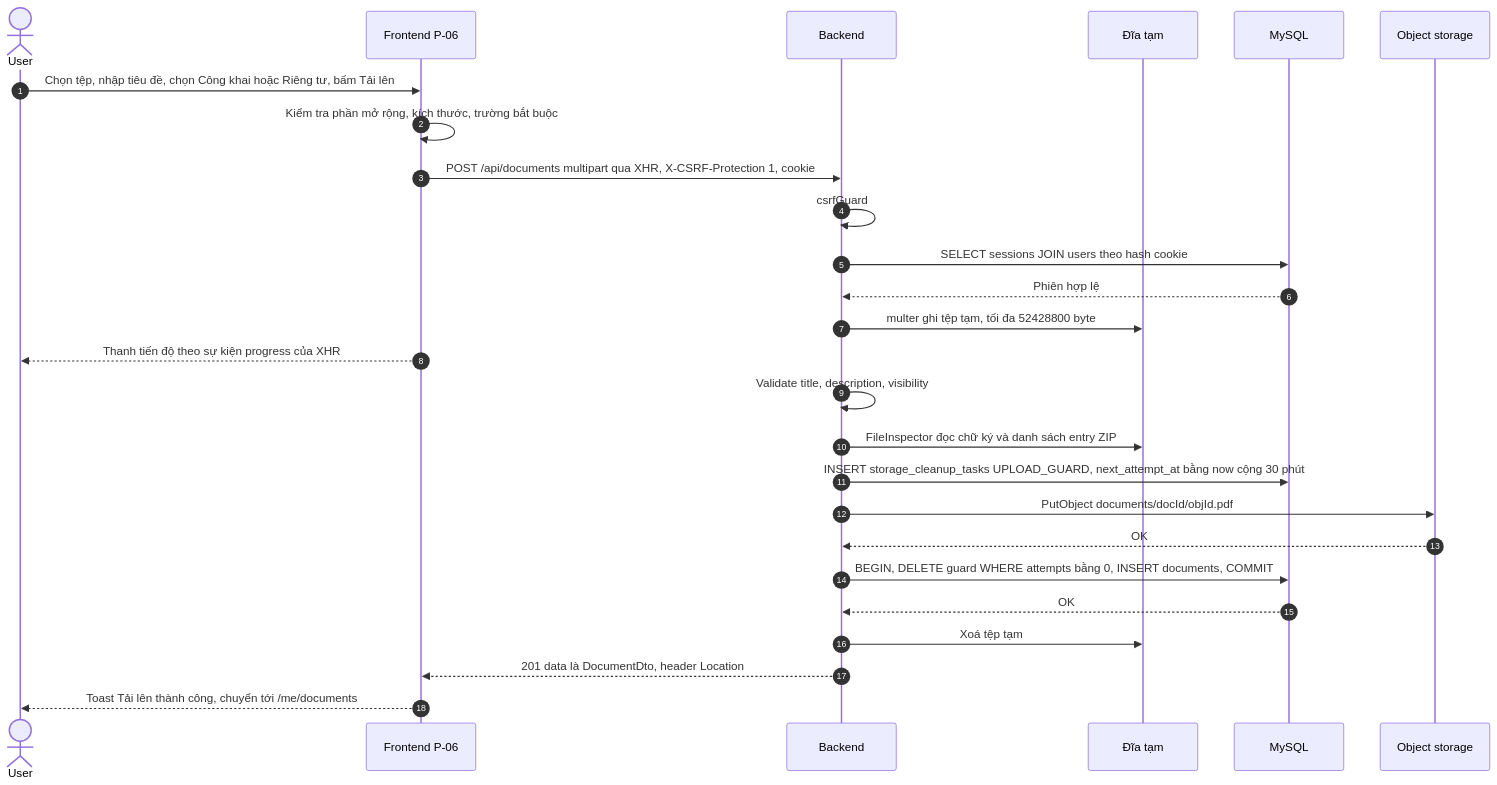
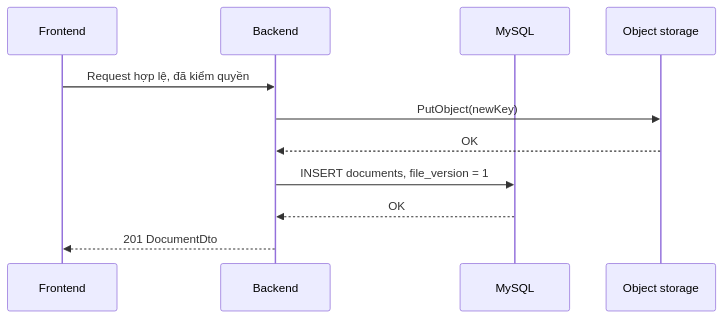
One commit to august0362/btl_cloud changed diagram 31 of 38 in docs/ARCHITECTURE.md. Above: the diagram before and after it, drawn with Mermaid. The commit also changed other lines of this file and 1 other file, not shown here.

````diff
--- a/docs/ARCHITECTURE.md
+++ b/docs/ARCHITECTURE.md
@@ -2152,28 +2019,13 @@
 ```mermaid
 sequenceDiagram
-  autonumber
-  actor U as User
-  participant FE as Frontend P-06
+  participant FE as Frontend
   participant BE as Backend
-  participant TMP as Đĩa tạm
   participant DB as MySQL
   participant OS as Object storage
-  U->>FE: Chọn tệp, nhập tiêu đề, chọn Công khai hoặc Riêng tư, bấm Tải lên
-  FE->>FE: Kiểm tra phần mở rộng, kích thước, trường bắt buộc
-  FE->>BE: POST /api/documents multipart qua XHR, X-CSRF-Protection 1, cookie
-  BE->>BE: csrfGuard
-  BE->>DB: SELECT sessions JOIN users theo hash cookie
-  DB-->>BE: Phiên hợp lệ
-  BE->>TMP: multer ghi tệp tạm, tối đa 52428800 byte
-  FE-->>U: Thanh tiến độ theo sự kiện progress của XHR
-  BE->>BE: Validate title, description, visibility
-  BE->>TMP: FileInspector đọc chữ ký và danh sách entry ZIP
-  BE->>DB: INSERT storage_cleanup_tasks UPLOAD_GUARD, next_attempt_at bằng now cộng 30 phút
-  BE->>OS: PutObject documents/docId/objId.pdf
+  FE->>BE: Request hợp lệ, đã kiểm quyền
+  BE->>OS: PutObject(newKey)
   OS-->>BE: OK
-  BE->>DB: BEGIN, DELETE guard WHERE attempts bằng 0, INSERT documents, COMMIT
+  BE->>DB: INSERT documents, file_version = 1
   DB-->>BE: OK
-  BE->>TMP: Xoá tệp tạm
-  BE-->>FE: 201 data là DocumentDto, header Location
-  FE-->>U: Toast Tải lên thành công, chuyển tới /me/documents
+  BE-->>FE: 201 DocumentDto
 ```
````
